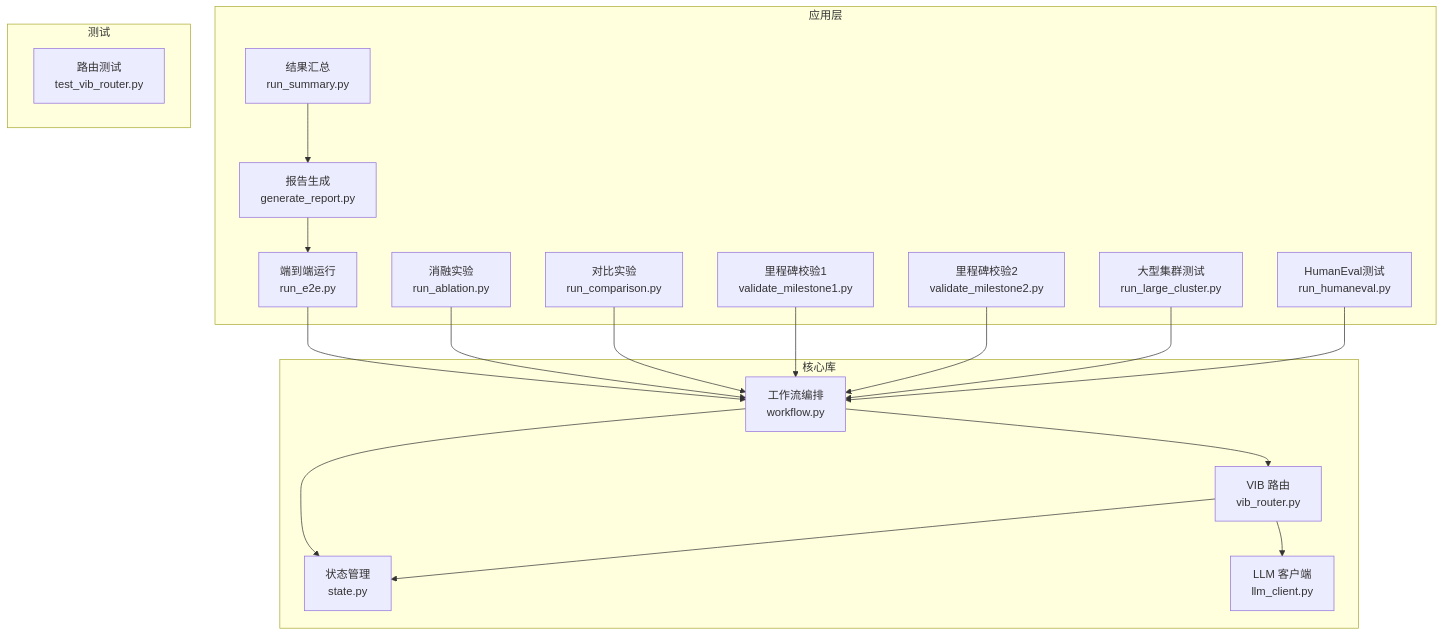
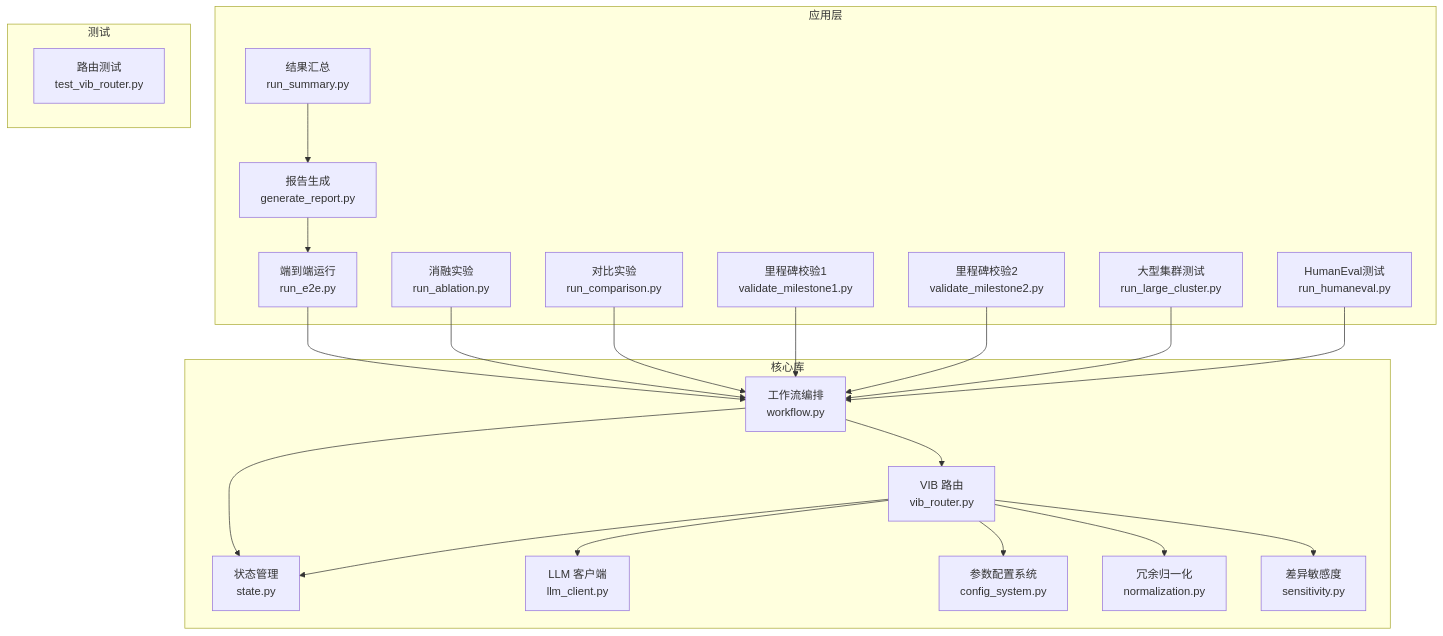
Before and after one commit to QuStarry/VIB-SparseCommunication: the first of 5 diagrams in .qoder/repowiki/zh/content/核心架构/实验框架/实验框架.md, drawn with Mermaid. The commit also changed other lines of this file and 31 other files, not shown here.

````diff
--- a/.qoder/repowiki/zh/content/核心架构/实验框架/实验框架.md
+++ b/.qoder/repowiki/zh/content/核心架构/实验框架/实验框架.md
@@ -53,36 +58,42 @@
 ```mermaid
 graph TB
 subgraph "应用层"
 E2E["端到端运行<br/>run_e2e.py"]
 Ablation["消融实验<br/>run_ablation.py"]
 Comparison["对比实验<br/>run_comparison.py"]
 Report["报告生成<br/>generate_report.py"]
 Milestone1["里程碑校验1<br/>validate_milestone1.py"]
 Milestone2["里程碑校验2<br/>validate_milestone2.py"]
 LargeCluster["大型集群测试<br/>run_large_cluster.py"]
 Summary["结果汇总<br/>run_summary.py"]
 Humaneval["HumanEval测试<br/>run_humaneval.py"]
 end
 subgraph "核心库"
 State["状态管理<br/>state.py"]
 LLM["LLM 客户端<br/>llm_client.py"]
 Router["VIB 路由<br/>vib_router.py"]
 Workflow["工作流编排<br/>workflow.py"]
+Config["参数配置系统<br/>config_system.py"]
+Norm["冗余归一化<br/>normalization.py"]
+Sensitivity["差异敏感度<br/>sensitivity.py"]
 end
 subgraph "测试"
 TestRouter["路由测试<br/>test_vib_router.py"]
 end
 E2E --> Workflow
 Ablation --> Workflow
 Comparison --> Workflow
 Report --> E2E
 Milestone1 --> Workflow
 Milestone2 --> Workflow
 LargeCluster --> Workflow
 Summary --> Report
 Humaneval --> Workflow
 Workflow --> Router
 Workflow --> State
 Router --> LLM
 Router --> State
+Router --> Config
+Router --> Norm
+Router --> Sensitivity
 ```
````
